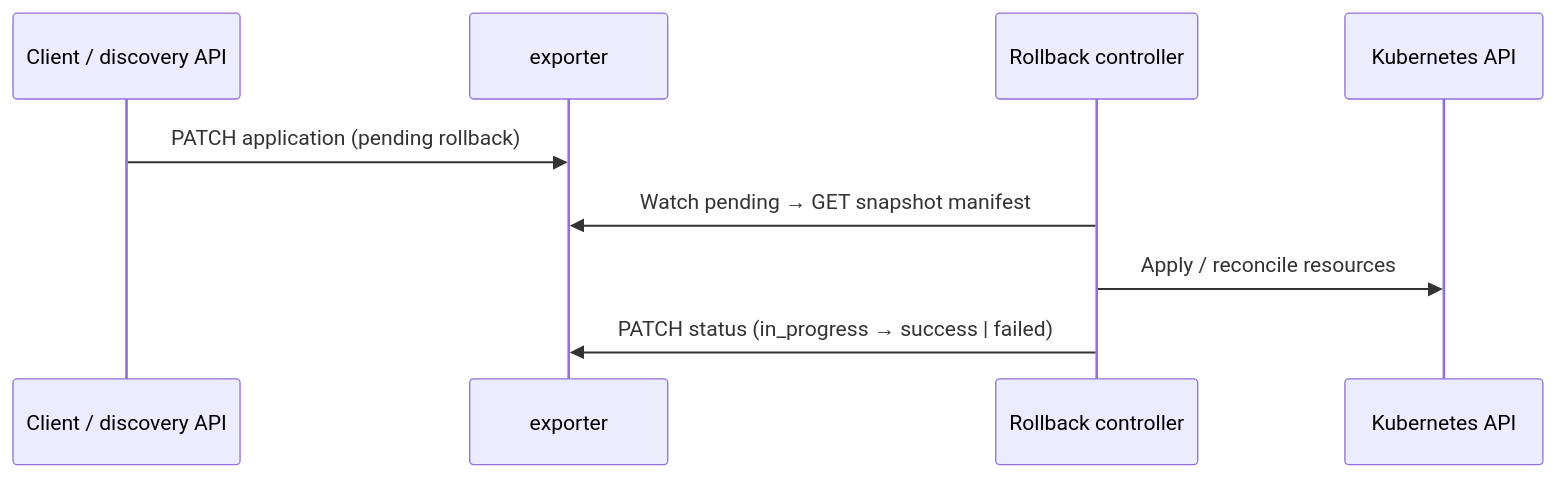
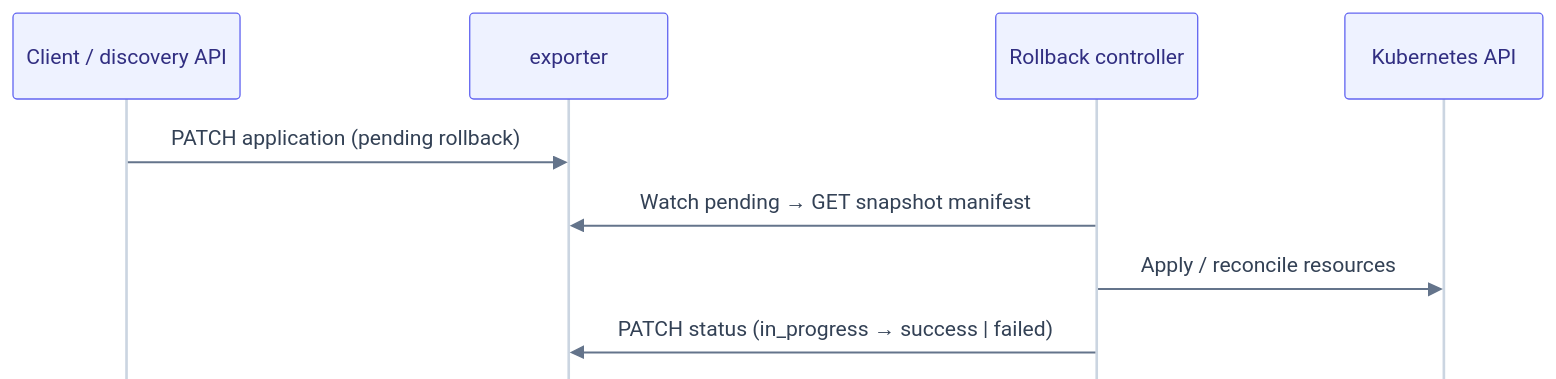
Before and after one commit to telark/telark: the third of 3 diagrams in services/discovery/README.md, drawn with Mermaid. The commit also changed other lines of this file and 14 other files, not shown here.

Commit message:
adjust README graph style and add missing annotations for CRDs

````diff
--- a/services/discovery/README.md
+++ b/services/discovery/README.md
@@ -123,12 +125,13 @@
 ```mermaid
+%%{init: {"theme":"base","themeVariables":{"fontFamily":"ui-sans-serif, system-ui, -apple-system, Segoe UI, Roboto, sans-serif","fontSize":"13px","actorBkg":"#eef2ff","actorBorder":"#6366f1","actorTextColor":"#312e81","actorLineColor":"#cbd5e1","signalColor":"#64748b","signalTextColor":"#334155","noteBkgColor":"#fff7ed","noteBorderColor":"#f59e0b","noteTextColor":"#92400e"},"sequence":{"mirrorActors":false,"messageAlign":"center"}}}%%
 sequenceDiagram
   participant API as Client / discovery API
   participant EXP as exporter
   participant CTRL as Rollback controller
   participant CL as Kubernetes API
 
   API->>EXP: PATCH application (pending rollback)
   CTRL->>EXP: Watch pending → GET snapshot manifest
   CTRL->>CL: Apply / reconcile resources
   CTRL->>EXP: PATCH status (in_progress → success | failed)
 ```
````
